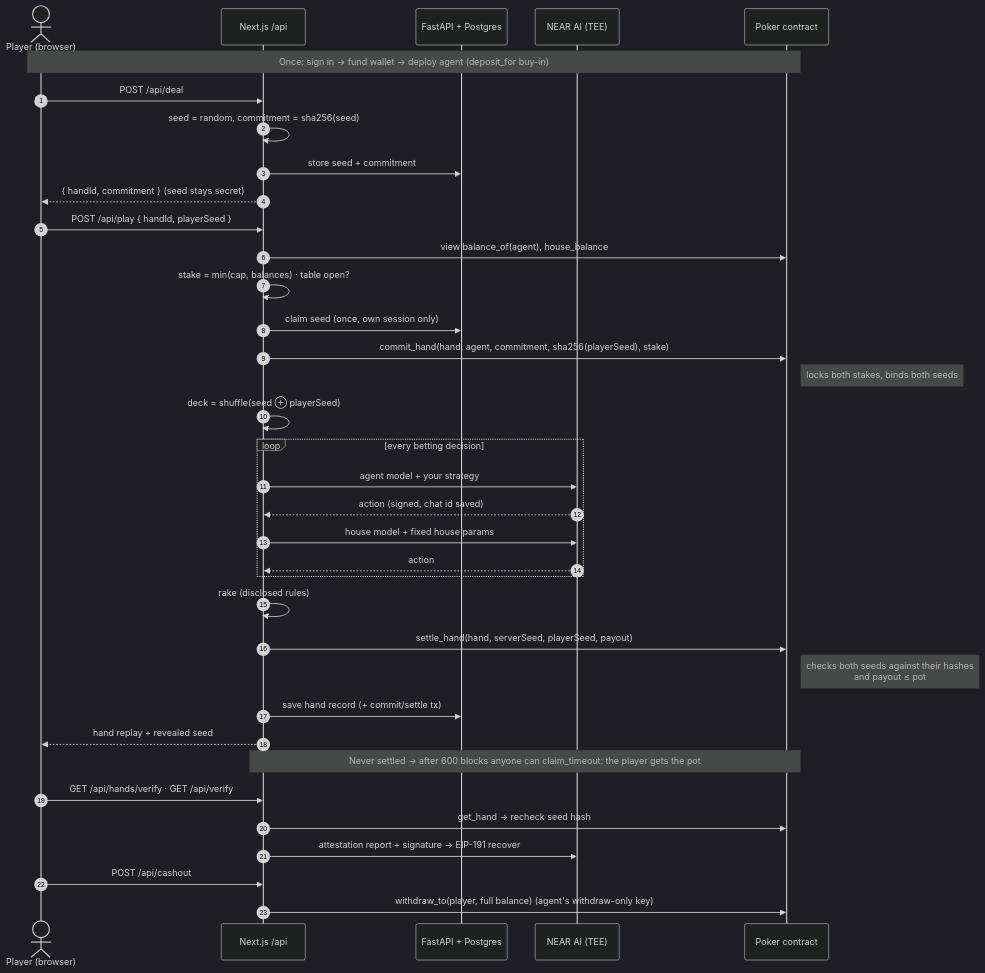
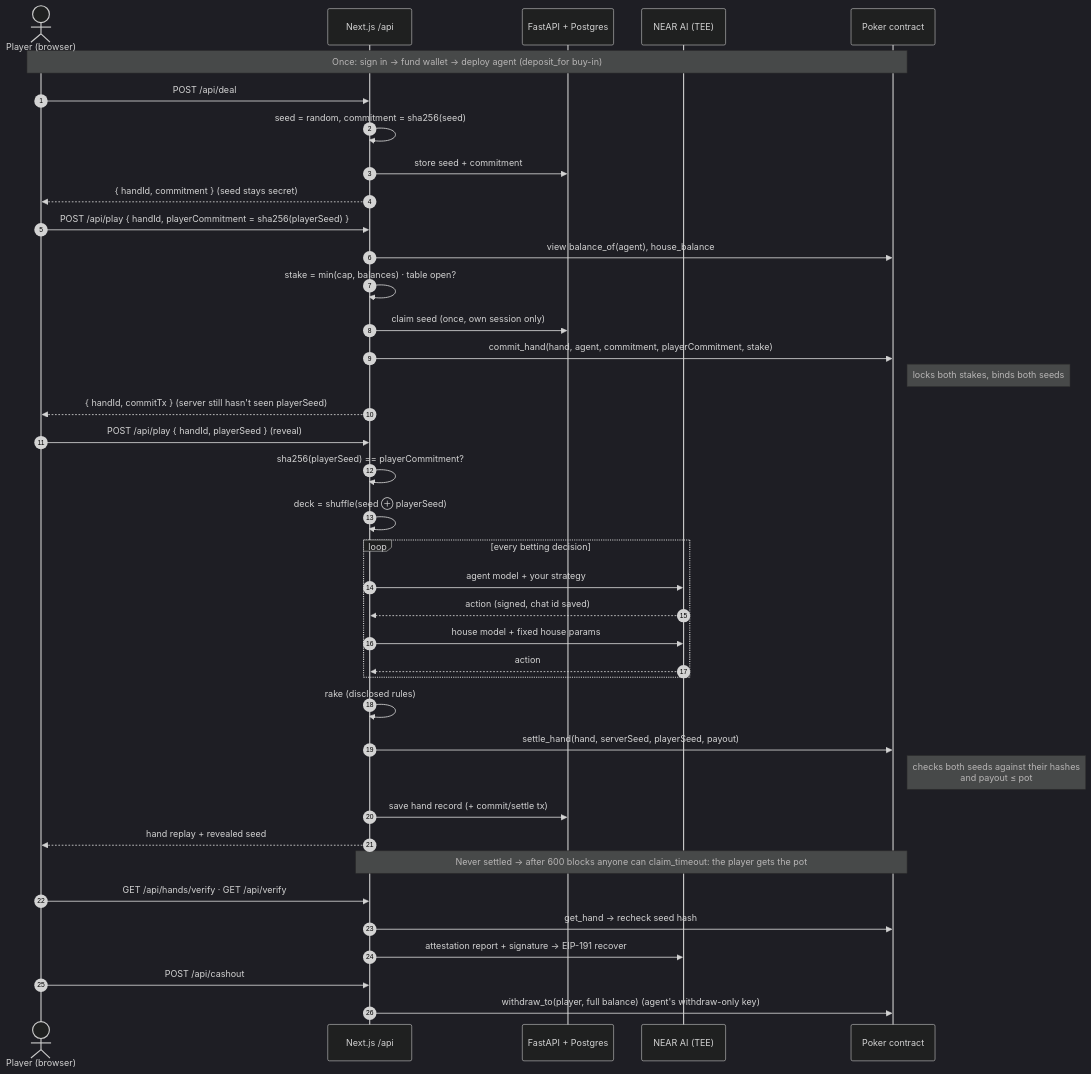
Before and after one commit to Neeraj1850/bluffalo-v1: the fourth of 5 diagrams in README.md, drawn with Mermaid (dark theme). The commit also changed other lines of this file, not shown here.

````diff
--- a/README.md
+++ b/README.md
@@ -257,39 +256,42 @@
 ```mermaid
 sequenceDiagram
     autonumber
     actor P as Player (browser)
     participant N as Next.js /api
     participant B as FastAPI + Postgres
     participant AI as NEAR AI (TEE)
     participant C as Poker contract
 
     Note over P,C: Once: sign in → fund wallet → deploy agent (deposit_for buy-in)
     P->>N: POST /api/deal
     N->>N: seed = random, commitment = sha256(seed)
     N->>B: store seed + commitment
     N-->>P: { handId, commitment }  (seed stays secret)
-    P->>N: POST /api/play { handId, playerSeed }
+    P->>N: POST /api/play { handId, playerCommitment = sha256(playerSeed) }
     N->>C: view balance_of(agent), house_balance
     N->>N: stake = min(cap, balances) · table open?
     N->>B: claim seed (once, own session only)
-    N->>C: commit_hand(hand, agent, commitment, sha256(playerSeed), stake)
+    N->>C: commit_hand(hand, agent, commitment, playerCommitment, stake)
     Note right of C: locks both stakes, binds both seeds
+    N-->>P: { handId, commitTx }  (server still hasn't seen playerSeed)
+    P->>N: POST /api/play { handId, playerSeed }  (reveal)
+    N->>N: sha256(playerSeed) == playerCommitment?
     N->>N: deck = shuffle(seed ⊕ playerSeed)
     loop every betting decision
         N->>AI: agent model + your strategy
         AI-->>N: action (signed, chat id saved)
         N->>AI: house model + fixed house params
         AI-->>N: action
     end
     N->>N: rake (disclosed rules)
     N->>C: settle_hand(hand, serverSeed, playerSeed, payout)
     Note right of C: checks both seeds against their hashes<br/>and payout ≤ pot
     N->>B: save hand record (+ commit/settle tx)
     N-->>P: hand replay + revealed seed
     Note over N,C: Never settled → after 600 blocks anyone can claim_timeout: the player gets the pot
     P->>N: GET /api/hands/verify · GET /api/verify
     N->>C: get_hand → recheck seed hash
     N->>AI: attestation report + signature → EIP-191 recover
     P->>N: POST /api/cashout
     N->>C: withdraw_to(player, full balance)  (agent's withdraw-only key)
 ```
````
